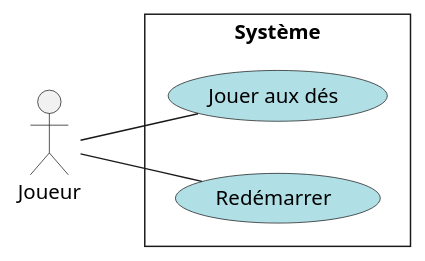
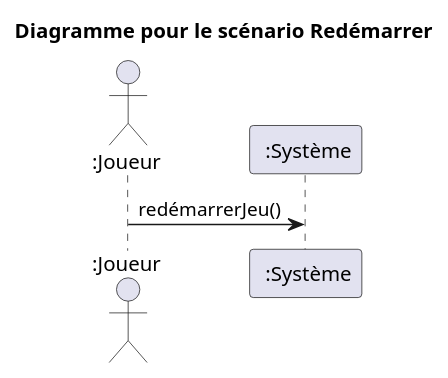
One commit to UpnorthSchool/laboratoire-0-UpnorthSchool changed the diagram in docs/modeles/dss-redemarrerJeu.puml. Above: the diagram before and after it, drawn with PlantUML. The commit also changed 1 other file, not shown here.

Commit message:
update des diagramme sequence RDCU et dss
ajoutt des uml etape 2

```diff
--- a/docs/modeles/dss-redemarrerJeu.puml
+++ b/docs/modeles/dss-redemarrerJeu.puml
@@ -1,14 +1,7 @@
 @startuml Diagramme pour scénario Redémarrer
-left to right direction
-actor Joueur as J
-skinparam style strictuml
-skinparam packageStyle rect
-skinparam backgroundcolor transparent
-skinparam defaultfontname Verdana
-rectangle "Système" {
-  (Jouer aux dés) as JP #powderblue
-  (Redémarrer) as R #powderblue
-  J -- JP
-  J -- R
-}
+title Diagramme pour le scénario Redémarrer
+actor " :Joueur" as J
+participant " :Système" as S
+ 
+J -> S : redémarrerJeu()
 @enduml
```
